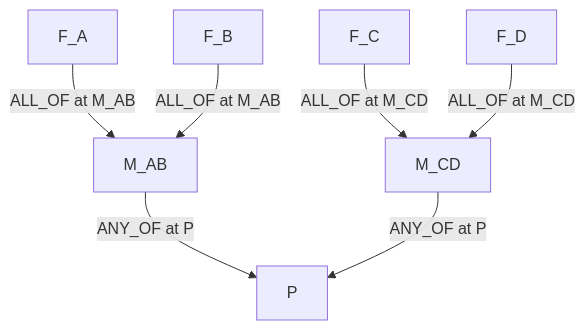
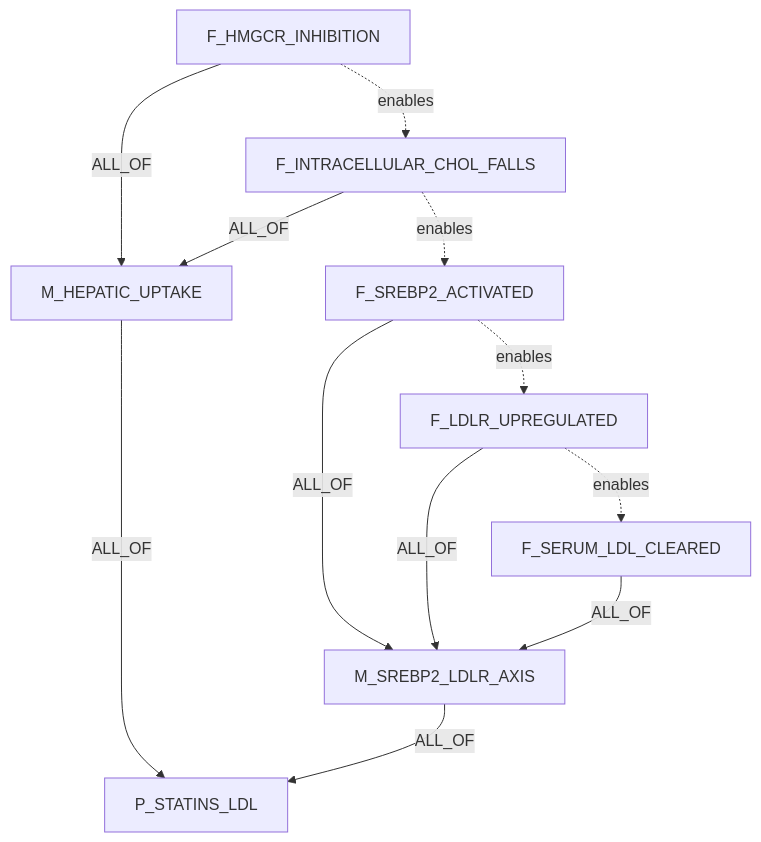
The third of 10 diagrams in ingest/CLAIM_OBJECT_MECHANISM_DAG_EXAMPLES.md (eliannaqk/bioKG), drawn with Mermaid before and after one commit. The commit also changed other lines of this file and 5 other files, not shown here.

````diff
--- a/ingest/CLAIM_OBJECT_MECHANISM_DAG_EXAMPLES.md
+++ b/ingest/CLAIM_OBJECT_MECHANISM_DAG_EXAMPLES.md
@@ -167,17 +188,24 @@
 ```mermaid
 flowchart TD
-  P["P"]
-  MAB["M_AB"]
-  MCD["M_CD"]
-  A["F_A"]
-  B["F_B"]
-  C["F_C"]
-  D["F_D"]
+  P["P_STATINS_LDL"]
+  M1["M_HEPATIC_UPTAKE"]
+  M2["M_SREBP2_LDLR_AXIS"]
+  F1["F_HMGCR_INHIBITION"]
+  F2["F_INTRACELLULAR_CHOL_FALLS"]
+  F3["F_SREBP2_ACTIVATED"]
+  F4["F_LDLR_UPREGULATED"]
+  F5["F_SERUM_LDL_CLEARED"]
 
-  MAB -- "ANY_OF at P" --> P
-  MCD -- "ANY_OF at P" --> P
-  A -- "ALL_OF at M_AB" --> MAB
-  B -- "ALL_OF at M_AB" --> MAB
-  C -- "ALL_OF at M_CD" --> MCD
-  D -- "ALL_OF at M_CD" --> MCD
+  M1 -- "ALL_OF" --> P
+  M2 -- "ALL_OF" --> P
+  F1 -- "ALL_OF" --> M1
+  F2 -- "ALL_OF" --> M1
+  F3 -- "ALL_OF" --> M2
+  F4 -- "ALL_OF" --> M2
+  F5 -- "ALL_OF" --> M2
+
+  F1 -. "enables" .-> F2
+  F2 -. "enables" .-> F3
+  F3 -. "enables" .-> F4
+  F4 -. "enables" .-> F5
 ```
````
